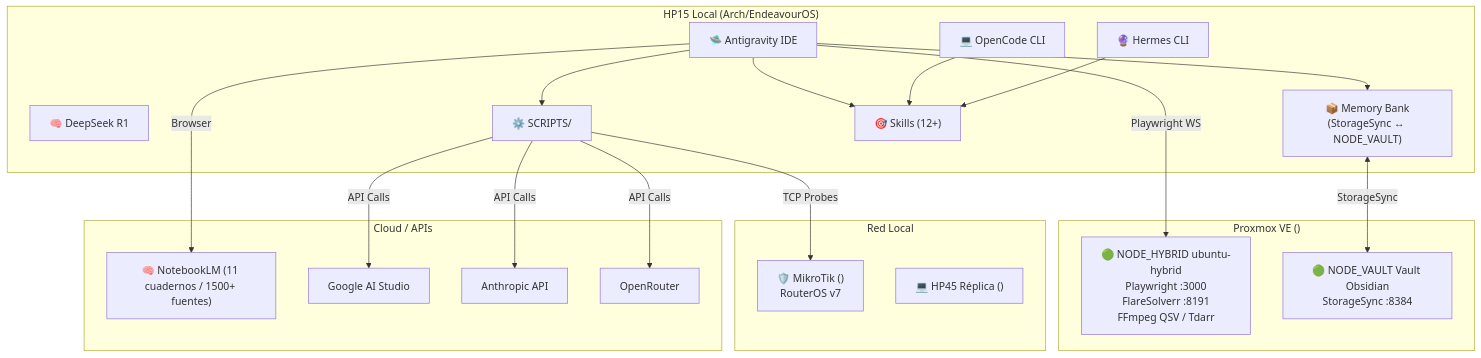
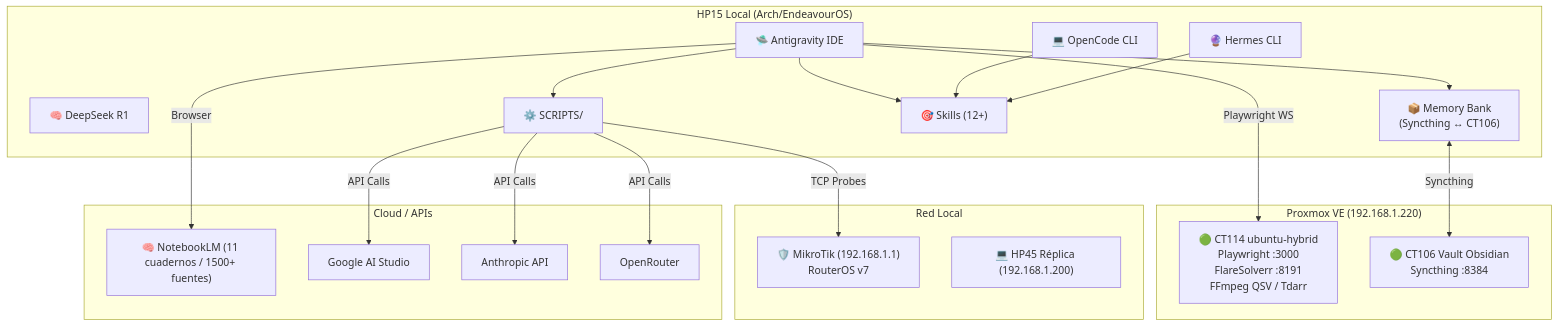
The diagram in skills/f-opti-floydia/SKILL.md (floydiamarkv-byte/floydia-skills), drawn with Mermaid before and after one commit. The commit also changed other lines of this file and 9 other files, not shown here.

````diff
--- a/skills/f-opti-floydia/SKILL.md
+++ b/skills/f-opti-floydia/SKILL.md
@@ -274,42 +274,42 @@
 ```mermaid
 graph TB
     subgraph "HP15 Local (Arch/EndeavourOS)"
         AGY["🛸 Antigravity IDE"]
         OC["💻 OpenCode CLI"]
         HER["🔮 Hermes CLI"]
         DS["🧠 DeepSeek R1"]
-        MB["📦 Memory Bank<br/>(StorageSync ↔ NODE_VAULT)"]
+        MB["📦 Memory Bank<br/>(Syncthing ↔ CT106)"]
         SCRIPTS["⚙️ SCRIPTS/"]
         SKILLS["🎯 Skills (12+)"]
     end
     
-    subgraph "Proxmox VE ()"
-        NODE_HYBRID["🟢 NODE_HYBRID ubuntu-hybrid<br/>Playwright :3000<br/>FlareSolverr :8191<br/>FFmpeg QSV / Tdarr"]
-        NODE_VAULT["🟢 NODE_VAULT Vault Obsidian<br/>StorageSync :8384"]
+    subgraph "Proxmox VE (192.168.1.220)"
+        CT114["🟢 CT114 ubuntu-hybrid<br/>Playwright :3000<br/>FlareSolverr :8191<br/>FFmpeg QSV / Tdarr"]
+        CT106["🟢 CT106 Vault Obsidian<br/>Syncthing :8384"]
     end
     
     subgraph "Red Local"
-        MK["🛡️ MikroTik ()<br/>RouterOS v7"]
-        HP45["💻 HP45 Réplica ()"]
+        MK["🛡️ MikroTik (192.168.1.1)<br/>RouterOS v7"]
+        HP45["💻 HP45 Réplica (192.168.1.200)"]
     end
     
     subgraph "Cloud / APIs"
         NLM["🧠 NotebookLM (11 cuadernos / 1500+ fuentes)"]
         GAPI["Google AI Studio"]
         ANTH["Anthropic API"]
         OR["OpenRouter"]
     end
     
     AGY --> MB
     AGY --> SCRIPTS
     AGY --> SKILLS
     OC --> SKILLS
     HER --> SKILLS
-    MB <-->|StorageSync| NODE_VAULT
-    AGY -->|Playwright WS| NODE_HYBRID
+    MB <-->|Syncthing| CT106
+    AGY -->|Playwright WS| CT114
     AGY -->|Browser| NLM
     SCRIPTS -->|TCP Probes| MK
     SCRIPTS -->|API Calls| GAPI
     SCRIPTS -->|API Calls| ANTH
     SCRIPTS -->|API Calls| OR
 ```
````
